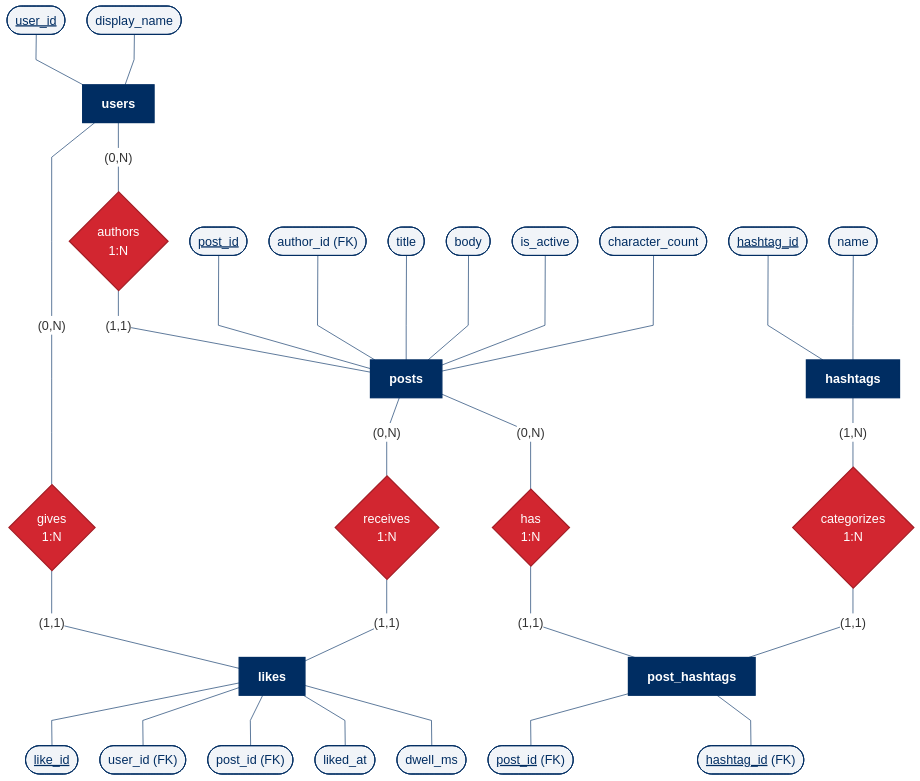
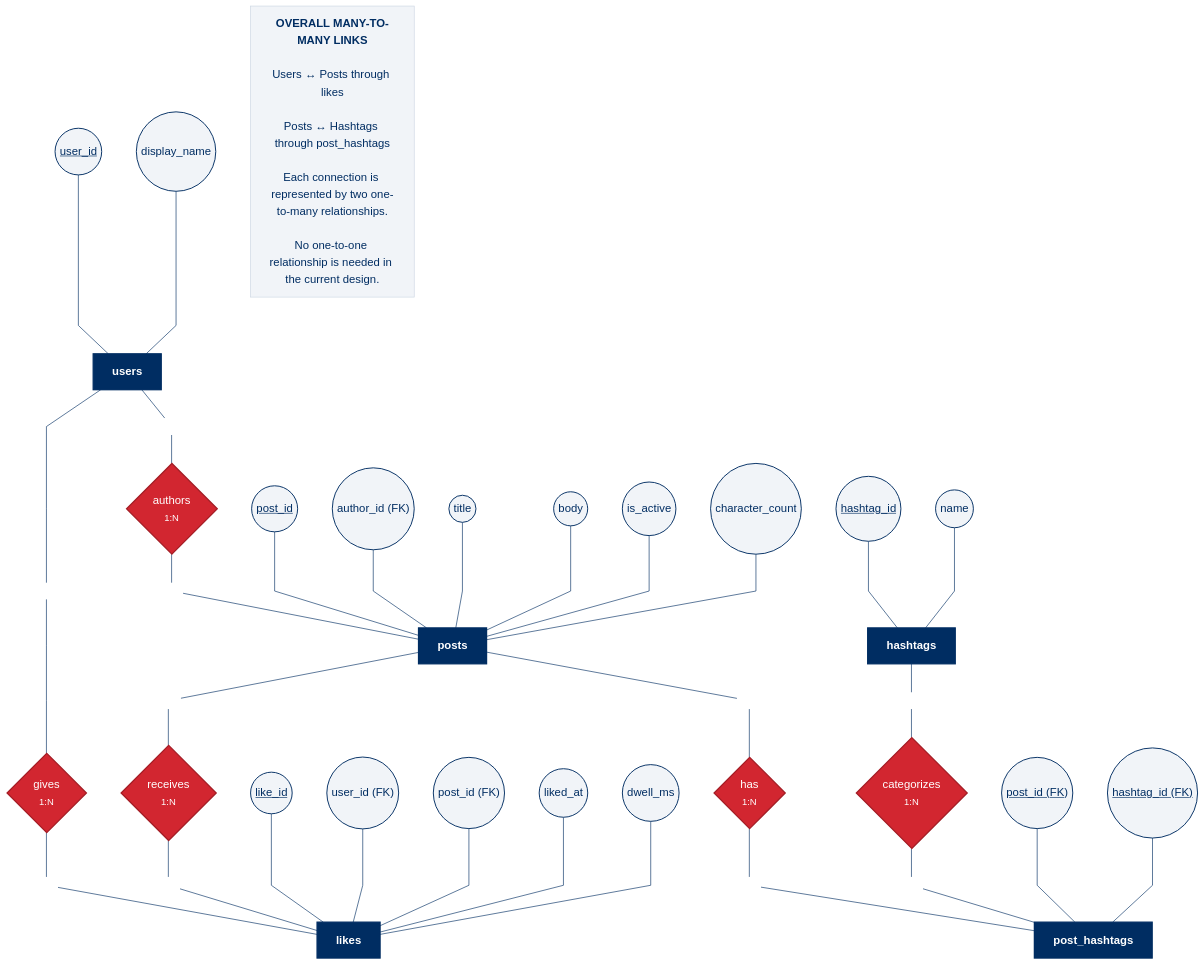
The diagram in schema/erd.mmd (RainerAlvarado/ex603-social-media-database), drawn with Mermaid before and after one commit.

```diff
--- a/schema/erd.mmd
+++ b/schema/erd.mmd
@@ -1,53 +1,62 @@
-%%{init: {"theme":"base","themeVariables":{"fontFamily":"Arial","fontSize":"20px","lineColor":"#002D62","edgeLabelBackground":"#FFFFFF"},"flowchart":{"htmlLabels":true,"nodeSpacing":35,"rankSpacing":80,"curve":"linear","useMaxWidth":false}}}%%
+%% MLB Fan Social Platform — editable Mermaid ERD source
+%% This source contains the same entities, attributes, relationship names,
+%% cardinalities, optional participation, and many-to-many explanations shown
+%% in erd.png. Mermaid may arrange the objects differently when regenerated.
+%%{init: {"theme":"base","themeVariables":{"fontFamily":"Arial","fontSize":"18px","primaryColor":"#002D62","primaryTextColor":"#FFFFFF","primaryBorderColor":"#002D62","lineColor":"#002D62","edgeLabelBackground":"#FFFFFF"},"flowchart":{"htmlLabels":true,"nodeSpacing":55,"rankSpacing":90,"curve":"linear","useMaxWidth":false}}}%%
 flowchart TB
     U["users"]:::entity
     P["posts"]:::entity
     L["likes"]:::entity
     H["hashtags"]:::entity
     J["post_hashtags"]:::entity
 
-    UP{"authors<br/>1:N"}:::relationship
-    UL{"gives<br/>1:N"}:::relationship
-    PL{"receives<br/>1:N"}:::relationship
-    PJ{"has<br/>1:N"}:::relationship
-    HJ{"categorizes<br/>1:N"}:::relationship
+    UP{"authors<br/><small>1:N</small>"}:::relationship
+    UL{"gives<br/><small>1:N</small>"}:::relationship
+    PL{"receives<br/><small>1:N</small>"}:::relationship
+    PJ{"has<br/><small>1:N</small>"}:::relationship
+    HJ{"categorizes<br/><small>1:N</small>"}:::relationship
 
     U ---|"(0,N)"| UP
     UP ---|"(1,1)"| P
     U ---|"(0,N)"| UL
     UL ---|"(1,1)"| L
     P ---|"(0,N)"| PL
     PL ---|"(1,1)"| L
     P ---|"(0,N)"| PJ
     PJ ---|"(1,1)"| J
     H ---|"(1,N)"| HJ
     HJ ---|"(1,1)"| J
 
-    uid(["<u>user_id</u>"]):::attribute --- U
-    uname(["display_name"]):::attribute --- U
-    pid(["<u>post_id</u>"]):::attribute --- P
-    pauthor(["author_id (FK)"]):::attribute --- P
-    ptitle(["title"]):::attribute --- P
-    pbody(["body"]):::attribute --- P
-    pactive(["is_active"]):::attribute --- P
-    pcount(["character_count"]):::attribute --- P
-    L --- lid(["<u>like_id</u>"]):::attribute
-    L --- luser(["user_id (FK)"]):::attribute
-    L --- lpost(["post_id (FK)"]):::attribute
-    L --- lat(["liked_at"]):::attribute
-    L --- ldwell(["dwell_ms"]):::attribute
-    hid(["<u>hashtag_id</u>"]):::attribute --- H
-    hname(["name"]):::attribute --- H
-    J --- jpost(["<u>post_id</u> (FK)"]):::attribute
-    J --- jhash(["<u>hashtag_id</u> (FK)"]):::attribute
+    uid(("<u>user_id</u>")):::attribute --- U
+    uname(("display_name")):::attribute --- U
+    pid(("<u>post_id</u>")):::attribute --- P
+    pauthor(("author_id (FK)")):::attribute --- P
+    ptitle(("title")):::attribute --- P
+    pbody(("body")):::attribute --- P
+    pactive(("is_active")):::attribute --- P
+    pcount(("character_count")):::attribute --- P
+    lid(("<u>like_id</u>")):::attribute --- L
+    luser(("user_id (FK)")):::attribute --- L
+    lpost(("post_id (FK)")):::attribute --- L
+    lat(("liked_at")):::attribute --- L
+    ldwell(("dwell_ms")):::attribute --- L
+    hid(("<u>hashtag_id</u>")):::attribute --- H
+    hname(("name")):::attribute --- H
+    jpost(("<u>post_id (FK)</u>")):::attribute --- J
+    jhash(("<u>hashtag_id (FK)</u>")):::attribute --- J
+
+    note["<b>OVERALL MANY-TO-MANY LINKS</b><br/><br/>Users ↔ Posts through likes<br/><br/>Posts ↔ Hashtags through post_hashtags<br/><br/>Each connection is represented by two one-to-many relationships.<br/><br/>No one-to-one relationship is needed in the current design."]:::note
 
     classDef entity fill:#002D62,color:#FFFFFF,stroke:#002D62,stroke-width:2px,font-weight:bold
     classDef relationship fill:#D22630,color:#FFFFFF,stroke:#A41D25,stroke-width:2px
     classDef attribute fill:#F1F4F8,color:#002D62,stroke:#002D62,stroke-width:1.5px
+    classDef note fill:#F1F4F8,color:#002D62,stroke:#CBD5E1,stroke-width:1px
 
-%% Diamond labels show maximum cardinality ratios (1:N).
-%% Counts beside an entity show its own (minimum, maximum) participation.
-%% Users-posts liking is N:M through likes; posts-hashtags is N:M through post_hashtags.
-%% Underlined post_hashtags attributes form one composite primary key.
-%% erd.svg is the editable, manually arranged version with true attribute ellipses.
-%% Mermaid regenerates the same relationship model with its automatic layout.
+%% Rectangle: entity. Oval: attribute. Diamond: relationship.
+%% Underlined attributes are primary keys; FK means foreign key.
+%% (0,N) means optional participation with many allowed; (1,1) means exactly one;
+%% (1,N) means at least one, with many allowed.
+%% The two underlined post_hashtags attributes form one composite primary key.
+%% Posts may have no hashtags; each retained hashtag must have at least one post.
+%% Removing a hashtag's last association requires the additional cleanup rule
+%% documented in constraints.md.
```
